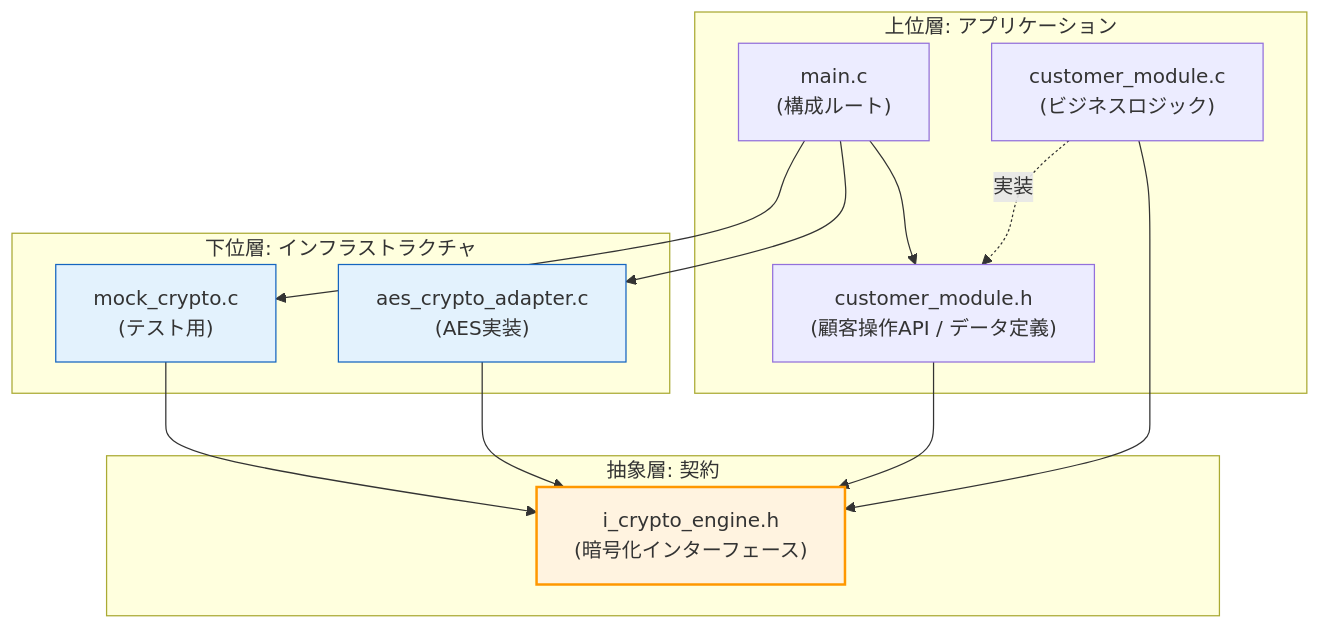
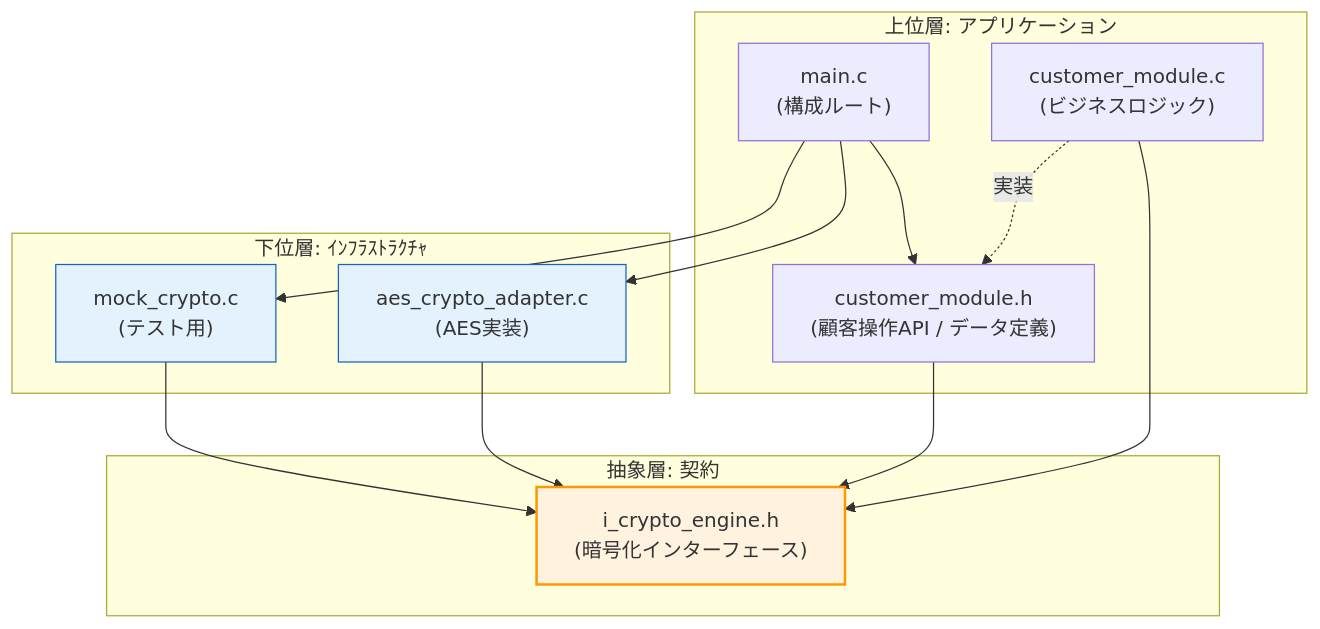
The third of 3 diagrams in 02_章別/18_第2部 第14章 統合実践（応用）_02.md (kumachan1101/BookProject), drawn with Mermaid before and after one commit. The commit also changed 175 other files, not shown here.

````diff
--- a/02_章別/18_第2部 第14章 統合実践（応用）_02.md
+++ b/02_章別/18_第2部 第14章 統合実践（応用）_02.md
@@ -458,41 +458,41 @@
 ```mermaid
 graph TB
       %% --- 層の定義 ---
       subgraph AppLayer ["上位層: アプリケーション"]
           Main["main.c<br/>(構成ルート)"]
           CustomerH["customer_module.h<br/>(顧客操作API / データ定義)"]
           CustomerC["customer_module.c<br/>(ビジネスロジック)"]
       end
 
       subgraph AbstractLayer ["抽象層: 契約"]
           ICrypto["i_crypto_engine.h<br/>(暗号化インターフェース)"]
       end
 
-      subgraph InfraLayer ["下位層: インフラストラクチャ"]
+      subgraph InfraLayer ["下位層: ｲﾝﾌﾗｽﾄﾗｸﾁｬ"]
           AES["aes_crypto_adapter.c<br/>(AES実装)"]
           Mock["mock_crypto.c<br/>(テスト用)"]
       end
 
       %% --- 依存関係 (矢印は #include の向き) ---
 
       %% 1. 抽象への依存 (DIPの核心)
       CustomerH --> ICrypto
       CustomerC --> ICrypto
       AES --> ICrypto
       Mock --> ICrypto
 
       %% 2. 実装の隠蔽
       Main --> CustomerH
       CustomerC -.->|"実装"| CustomerH
 
       %% 3. 依存性の注入 (Mainだけが全てを知っている)
       Main --> AES
       Main --> Mock
 
       %% --- 注釈 ---
       classDef abstract fill:#fff3e0,stroke:#ff9800,stroke-width:2px;
       class ICrypto abstract;
 
       classDef concrete fill:#e3f2fd,stroke:#1565c0;
       class AES,Mock concrete;
 ```
````
